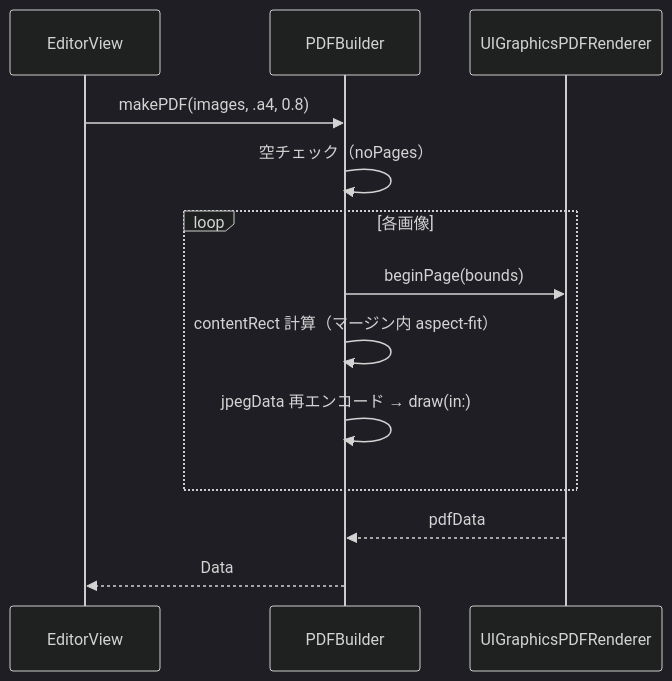
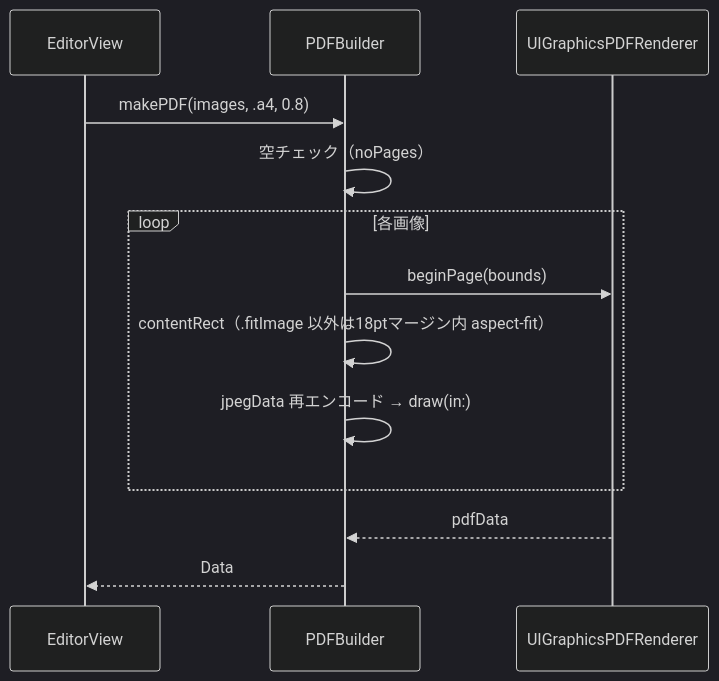
One commit to gomurin0428/DocScanner changed the second of 2 diagrams in DocScanner/PDF/README.md. Above: the diagram before and after it, drawn with Mermaid (dark theme). The commit also changed other lines of this file and 22 other files, not shown here.

````diff
--- a/DocScanner/PDF/README.md
+++ b/DocScanner/PDF/README.md
@@ -30,15 +30,15 @@
 ```mermaid
 sequenceDiagram
     participant Ed as EditorView
     participant B as PDFBuilder
     participant R as UIGraphicsPDFRenderer
     Ed->>B: makePDF(images, .a4, 0.8)
     B->>B: 空チェック（noPages）
     loop 各画像
         B->>R: beginPage(bounds)
-        B->>B: contentRect 計算（マージン内 aspect-fit）
+        B->>B: contentRect（.fitImage 以外は18ptマージン内 aspect-fit）
         B->>B: jpegData 再エンコード → draw(in:)
     end
     R-->>B: pdfData
     B-->>Ed: Data
 ```
````
